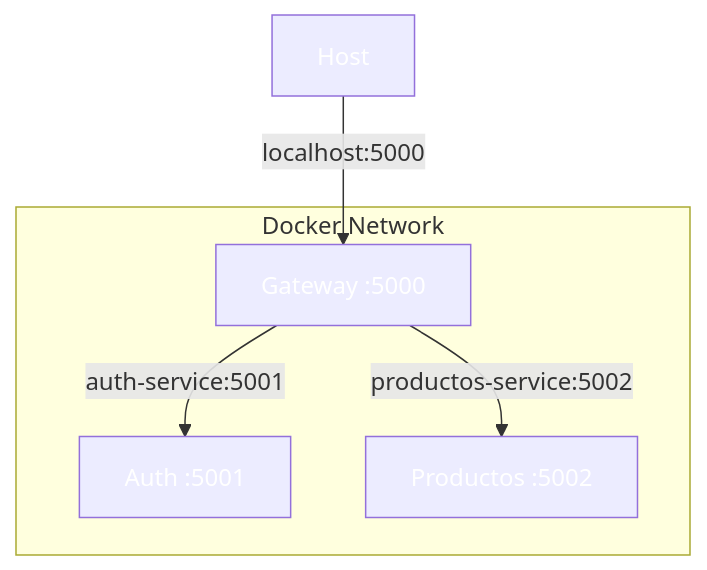
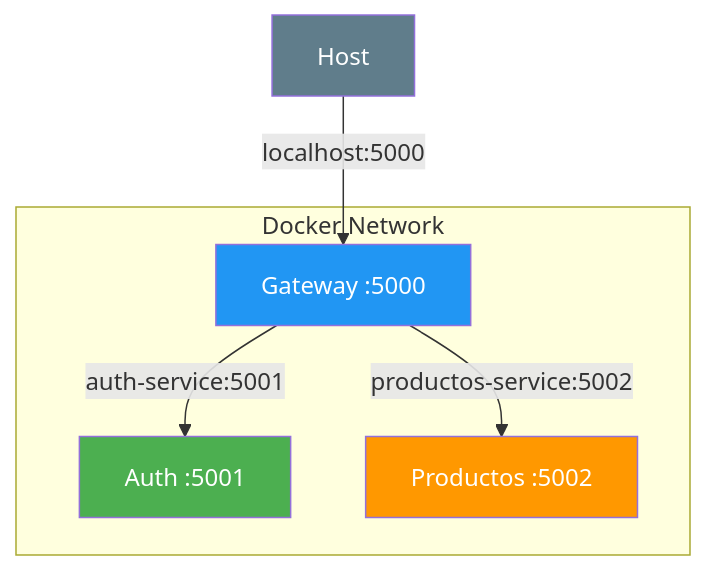
One commit to joseluisgs/DesarrolloWebEntornosServidor-02-2026-2027 changed the tenth of 10 diagrams in 31-api-gateway.md. Above: the diagram before and after it, drawn with Mermaid. The commit also changed other lines of this file and 29 other files, not shown here.

Commit message:
docs: corregir estilos Mermaid y estilo, quitar referencias a la Tienda y reestructurar los retos 13 y 15

````diff
--- a/31-api-gateway.md
+++ b/31-api-gateway.md
@@ -839,15 +839,15 @@
 ```mermaid
 graph TD
     subgraph Docker Network
         GW["Gateway :5000"]
         A["Auth :5001"]
         P["Productos :5002"]
     end
     GW -->|"auth-service:5001"| A
     GW -->|"productos-service:5002"| P
     CL["Host"] -->|"localhost:5000"| GW
-    style GW fill:#2196F,color:#fff3,color:#fff
-    style A fill:#4CAF5,color:#fff0,color:#fff
-    style P fill:#FF980,color:#fff0,color:#fff
-    style CL fill:#607D8,color:#fffB,color:#fff
+    style GW fill:#2196F3,color:#fff
+    style A fill:#4CAF50,color:#fff
+    style P fill:#FF9800,color:#fff
+    style CL fill:#607D8B,color:#fff
 ```
````
